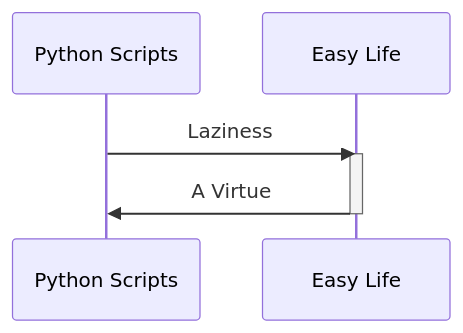
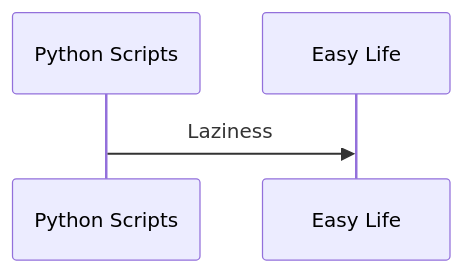
One commit to gaurav8969/python-scripts changed the diagram in README.md. Above: the diagram before and after it, drawn with Mermaid.

````diff
--- a/README.md
+++ b/README.md
@@ -3,10 +3,8 @@
 ```mermaid
 sequenceDiagram
     participant Python Scripts
     participant Easy Life
 
     Python Scripts->>Easy Life: Laziness
-    activate Easy Life
-    Easy Life->>Python Scripts: A Virtue
-    deactivate Easy Life
+    
 ```
````
